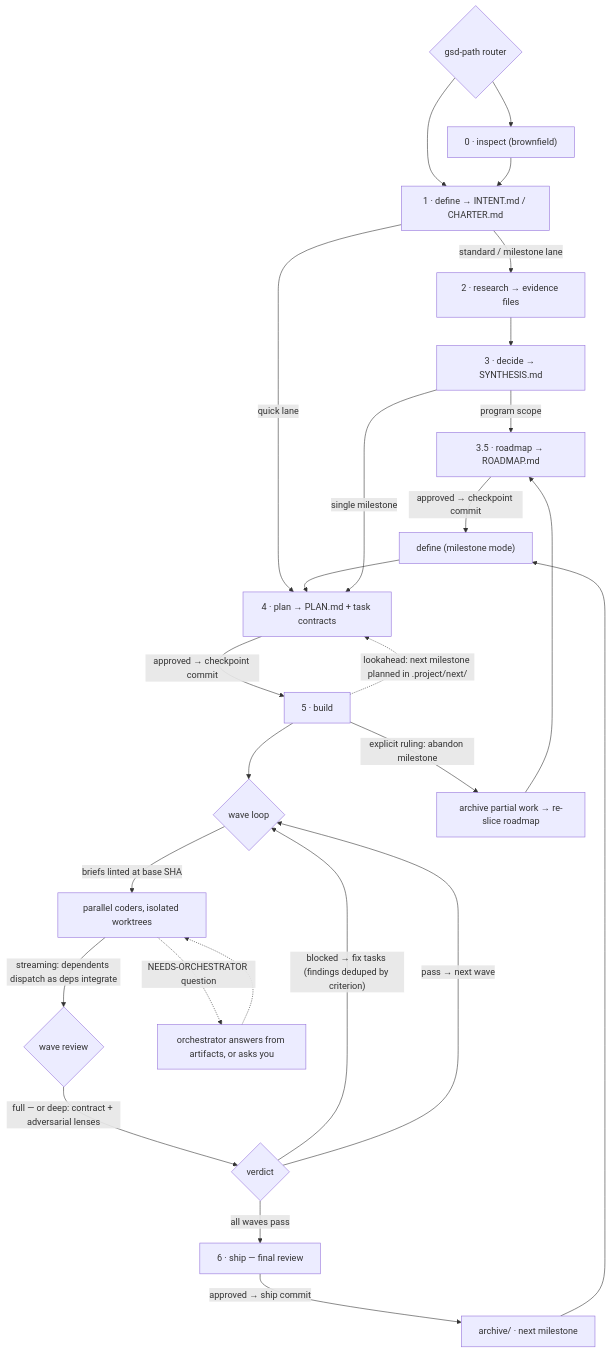
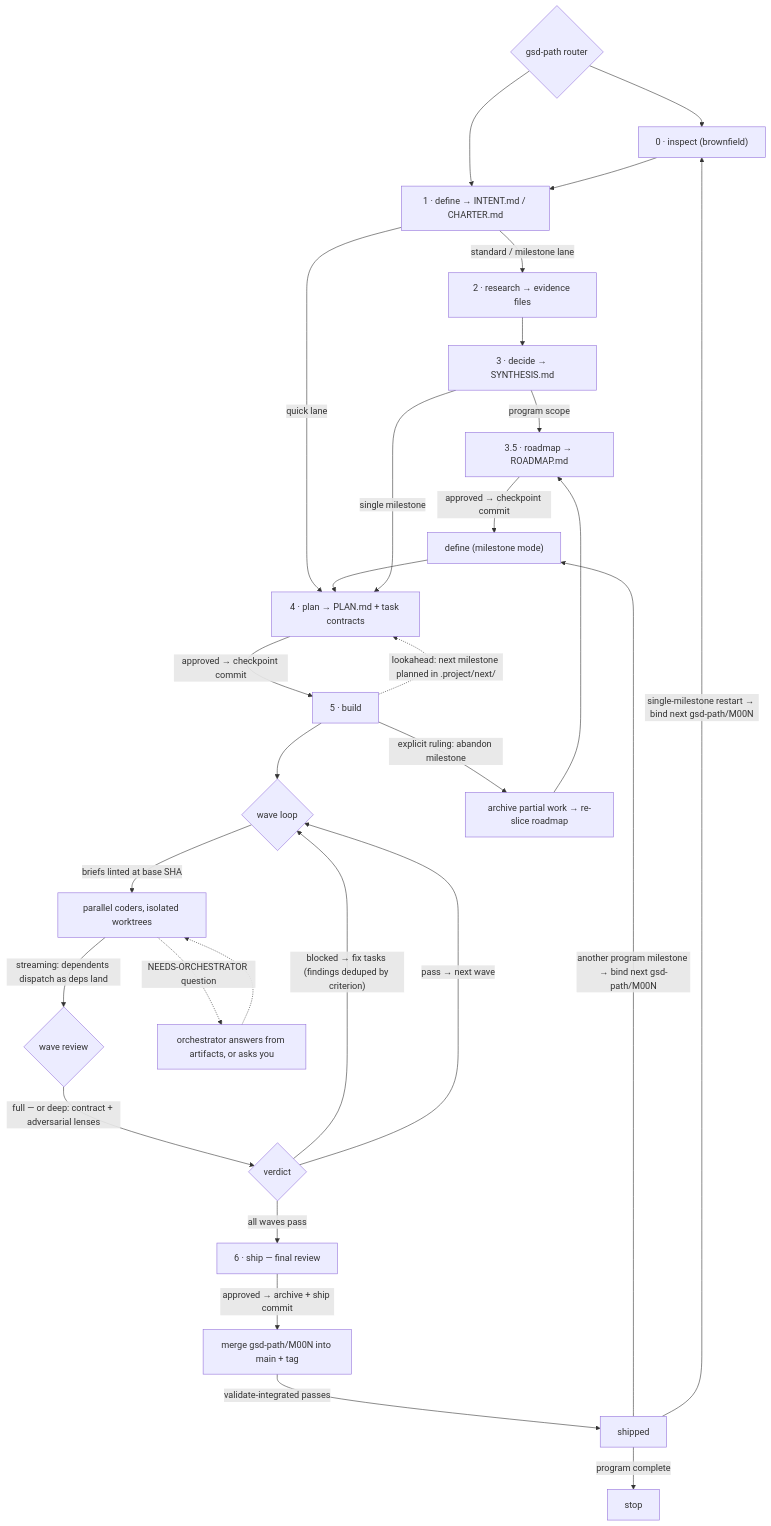
The diagram in README.md (open-gsd/gsd-path), drawn with Mermaid before and after one commit. The commit also changed other lines of this file and 21 other files, not shown here.

````diff
--- a/README.md
+++ b/README.md
@@ -65,28 +65,31 @@
 ```mermaid
 flowchart TD
     R{"gsd-path router"} --> I["0 · inspect (brownfield)"]
     R --> D["1 · define → INTENT.md / CHARTER.md"]
     I --> D
     D -->|"standard / milestone lane"| RE["2 · research → evidence files"]
     D -->|"quick lane"| P
     RE --> DE["3 · decide → SYNTHESIS.md"]
     DE -->|"program scope"| RM["3.5 · roadmap → ROADMAP.md"]
     RM -->|"approved → checkpoint commit"| DM["define (milestone mode)"]
     DM --> P["4 · plan → PLAN.md + task contracts"]
     DE -->|"single milestone"| P
     P -->|"approved → checkpoint commit"| B["5 · build"]
     B --> W{"wave loop"}
     W -->|"briefs linted at base SHA"| C["parallel coders, isolated worktrees"]
-    C -->|"streaming: dependents dispatch as deps integrate"| V{"wave review"}
+    C -->|"streaming: dependents dispatch as deps land"| V{"wave review"}
     V -->|"full — or deep: contract + adversarial lenses"| F{"verdict"}
     F -->|"blocked → fix tasks (findings deduped by criterion)"| W
     F -->|"pass → next wave"| W
     F -->|"all waves pass"| S["6 · ship — final review"]
     C -.->|"NEEDS-ORCHESTRATOR question"| O["orchestrator answers from artifacts, or asks you"]
     O -.-> C
     B -.->|"lookahead: next milestone planned in .project/next/"| P
     B -->|"explicit ruling: abandon milestone"| AB["archive partial work → re-slice roadmap"]
     AB --> RM
-    S -->|"approved → ship commit"| A["archive/ · next milestone"]
-    A --> DM
+    S -->|"approved → archive + ship commit"| MG["merge gsd-path/M00N into main + tag"]
+    MG -->|"validate-integrated passes"| A["shipped"]
+    A -->|"another program milestone → bind next gsd-path/M00N"| DM
+    A -->|"single-milestone restart → bind next gsd-path/M00N"| I
+    A -->|"program complete"| PC["stop"]
 ```
````
